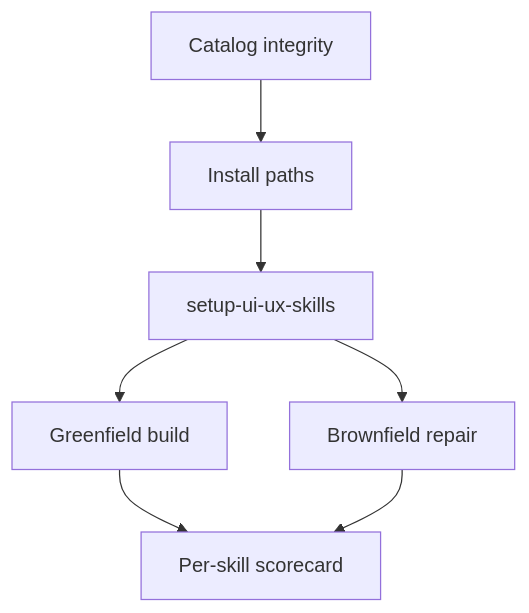
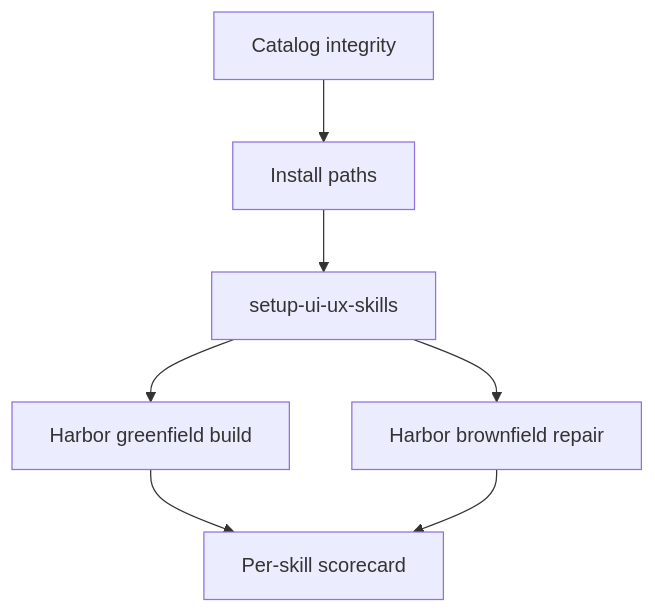
One commit to VectorLabAU/skills changed the diagram in tests/TEST-PLAN.md. Above: the diagram before and after it, drawn with Mermaid. The commit also changed other lines of this file and 9 other files, not shown here.

````diff
--- a/tests/TEST-PLAN.md
+++ b/tests/TEST-PLAN.md
@@ -24,9 +25,9 @@
 ```mermaid
 flowchart TD
   catalog[Catalog integrity] --> install[Install paths]
   install --> setup[setup-ui-ux-skills]
-  setup --> green[Greenfield build]
-  setup --> brown[Brownfield repair]
+  setup --> green[Harbor greenfield build]
+  setup --> brown[Harbor brownfield repair]
   green --> score[Per-skill scorecard]
   brown --> score
 ```
````
